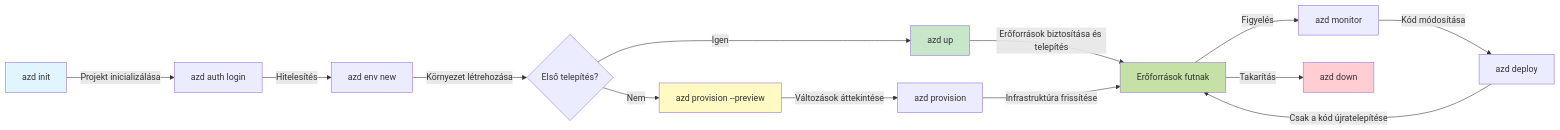
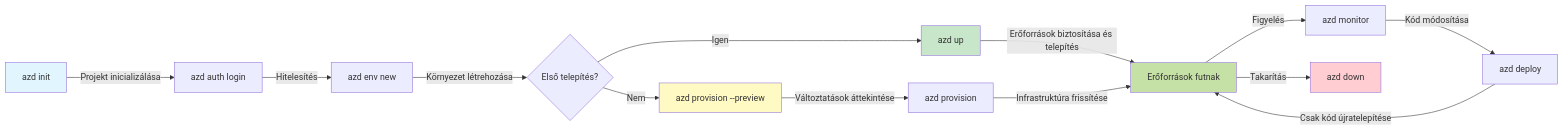
The first of 2 diagrams in translations/hu/docs/chapter-01-foundation/azd-basics.md (microsoft/AZD-for-beginners), drawn with Mermaid before and after one commit. The commit also changed other lines of this file and 104 other files, not shown here.

````diff
--- a/translations/hu/docs/chapter-01-foundation/azd-basics.md
+++ b/translations/hu/docs/chapter-01-foundation/azd-basics.md
@@ -269,21 +269,21 @@
 ```mermaid
 graph LR
     A[azd init] -->|Projekt inicializálása| B[azd auth login]
     B -->|Hitelesítés| C[azd env new]
     C -->|Környezet létrehozása| D{Első telepítés?}
     D -->|Igen| E[azd up]
     D -->|Nem| F[azd provision --preview]
-    F -->|Változások áttekintése| G[azd provision]
+    F -->|Változtatások áttekintése| G[azd provision]
     E -->|Erőforrások biztosítása és telepítés| H[Erőforrások futnak]
     G -->|Infrastruktúra frissítése| H
     H -->|Figyelés| I[azd monitor]
     I -->|Kód módosítása| J[azd deploy]
-    J -->|Csak a kód újratelepítése| H
+    J -->|Csak kód újratelepítése| H
     H -->|Takarítás| K[azd down]
     
     style A fill:#e1f5fe
     style E fill:#c8e6c9
     style F fill:#fff9c4
     style H fill:#c5e1a5
     style K fill:#ffcdd2
 ```
````
